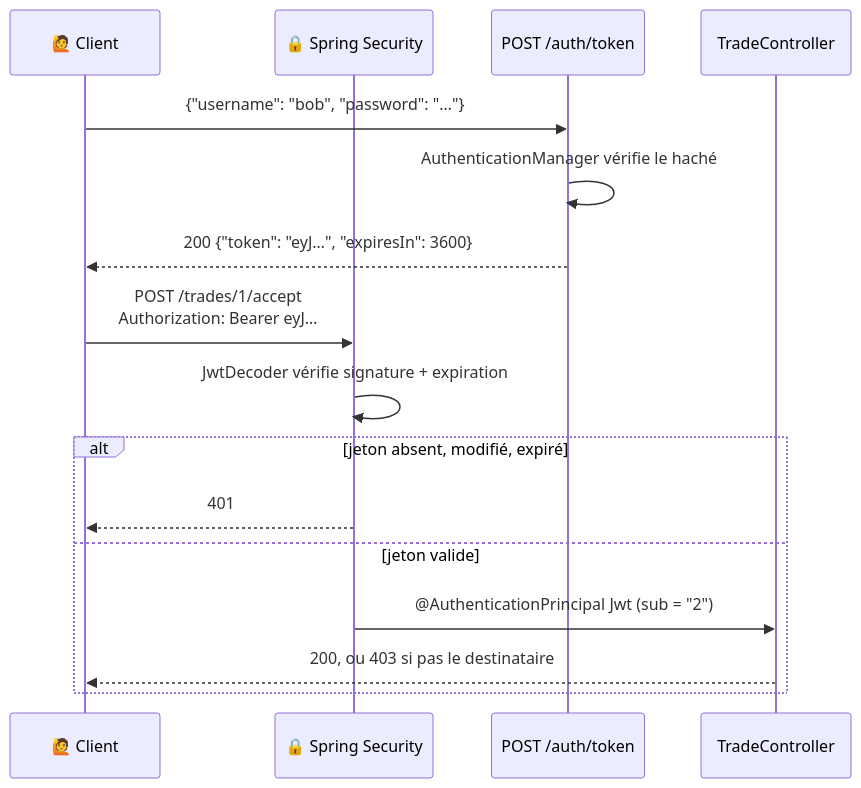
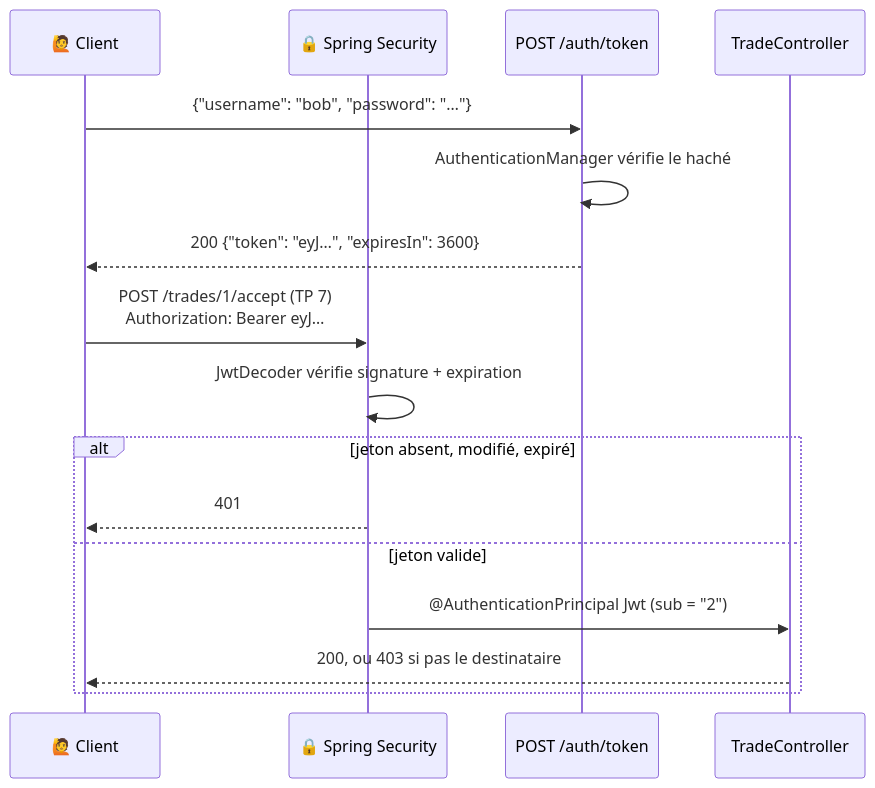
One commit to SimonLeBars/troc-spring-api changed the diagram in doc/fiches/05-securite.md. Above: the diagram before and after it, drawn with Mermaid. The commit also changed other lines of this file and 14 other files, not shown here.

````diff
--- a/doc/fiches/05-securite.md
+++ b/doc/fiches/05-securite.md
@@ -18,18 +18,18 @@
 ```mermaid
 sequenceDiagram
     participant C as 🙋 Client
     participant S as 🔒 Spring Security
     participant A as POST /auth/token
     participant T as TradeController
     C->>A: {"username": "bob", "password": "…"}
     A->>A: AuthenticationManager vérifie le haché
     A-->>C: 200 {"token": "eyJ…", "expiresIn": 3600}
-    C->>S: POST /trades/1/accept<br/>Authorization: Bearer eyJ…
+    C->>S: POST /trades/1/accept (TP 7)<br/>Authorization: Bearer eyJ…
     S->>S: JwtDecoder vérifie signature + expiration
     alt jeton absent, modifié, expiré
         S-->>C: 401
     else jeton valide
         S->>T: @AuthenticationPrincipal Jwt (sub = "2")
         T-->>C: 200, ou 403 si pas le destinataire
     end
 ```
````
